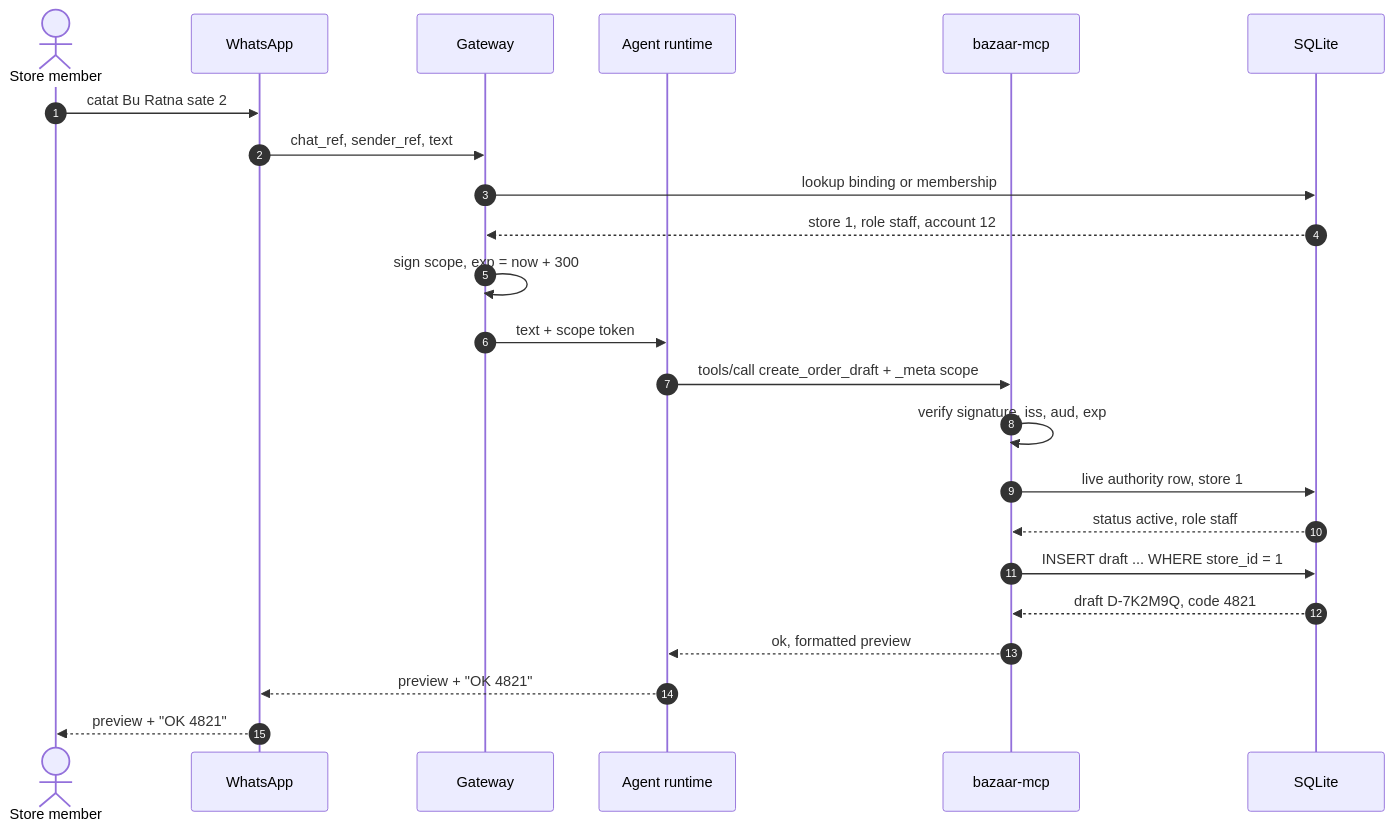
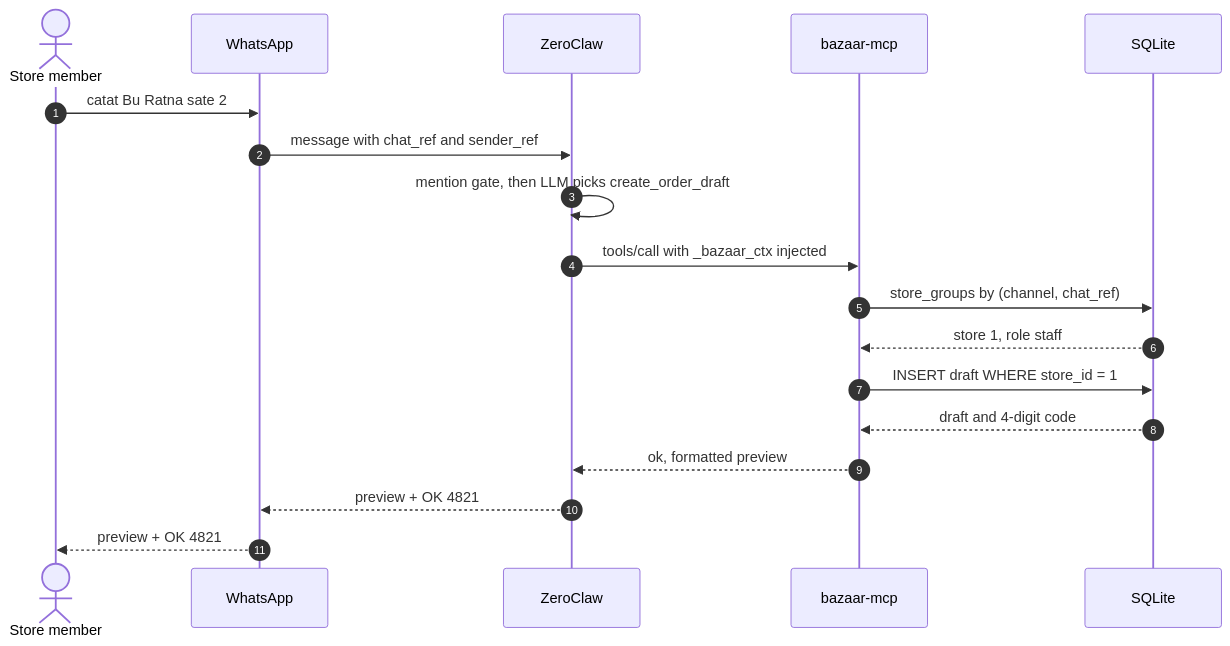
One commit to danielistyo/mini-bazaar changed the third of 3 diagrams in docs/architecture.md. Above: the diagram before and after it, drawn with Mermaid. The commit also changed other lines of this file and 2 other files, not shown here.

First line of the commit message:
docs: reverse ADR 0001 to keep ZeroClaw as the identity source

````diff
--- a/docs/architecture.md
+++ b/docs/architecture.md
@@ -95,26 +93,21 @@
 ```mermaid
 sequenceDiagram
     autonumber
     actor M as Store member
     participant WA as WhatsApp
-    participant GW as Gateway
-    participant AG as Agent runtime
+    participant ZC as ZeroClaw
     participant BE as bazaar-mcp
     participant DB as SQLite
 
     M->>WA: catat Bu Ratna sate 2
-    WA->>GW: chat_ref, sender_ref, text
-    GW->>DB: lookup binding or membership
-    DB-->>GW: store 1, role staff, account 12
-    GW->>GW: sign scope, exp = now + 300
-    GW->>AG: text + scope token
-    AG->>BE: tools/call create_order_draft + _meta scope
-    BE->>BE: verify signature, iss, aud, exp
-    BE->>DB: live authority row, store 1
-    DB-->>BE: status active, role staff
-    BE->>DB: INSERT draft ... WHERE store_id = 1
-    DB-->>BE: draft D-7K2M9Q, code 4821
-    BE-->>AG: ok, formatted preview
-    AG-->>WA: preview + "OK 4821"
-    WA-->>M: preview + "OK 4821"
+    WA->>ZC: message with chat_ref and sender_ref
+    ZC->>ZC: mention gate, then LLM picks create_order_draft
+    ZC->>BE: tools/call with _bazaar_ctx injected
+    BE->>DB: store_groups by (channel, chat_ref)
+    DB-->>BE: store 1, role staff
+    BE->>DB: INSERT draft WHERE store_id = 1
+    DB-->>BE: draft and 4-digit code
+    BE-->>ZC: ok, formatted preview
+    ZC-->>WA: preview + OK 4821
+    WA-->>M: preview + OK 4821
 ```
````
